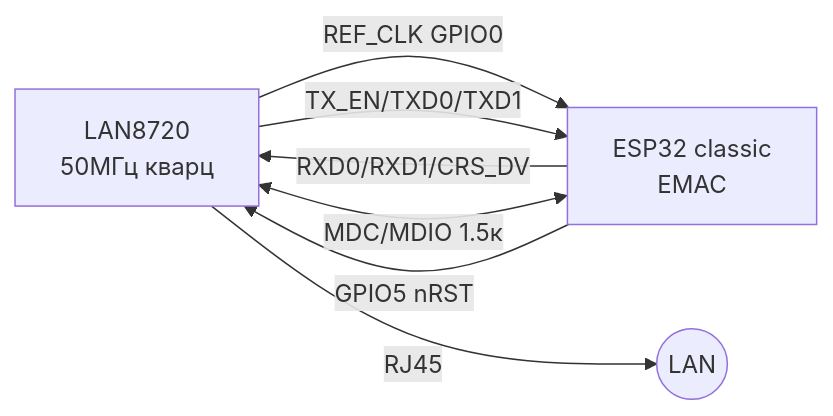
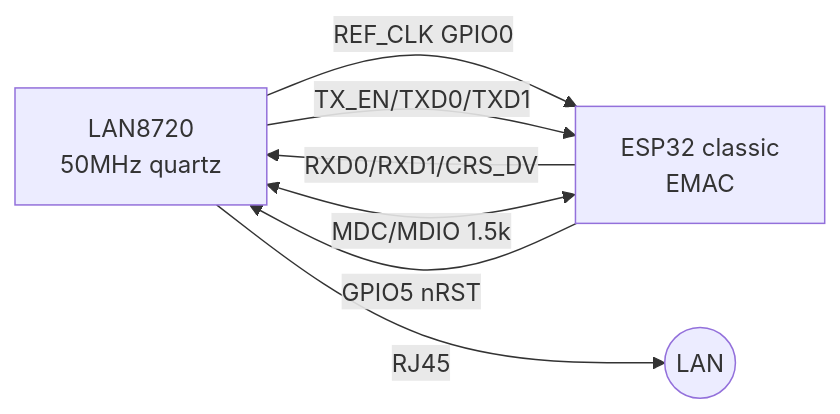
One commit to ksalab/embedded-reference changed the third of 4 diagrams in obsidian_vault/ESP32-Reference/EN/12-Comm-Modules/04-RS485-CAN-Ethernet-Kamera.en.md. Above: the diagram before and after it, drawn with Mermaid. The commit also changed other lines of this file and 76 other files, not shown here.

````diff
--- a/obsidian_vault/ESP32-Reference/EN/12-Comm-Modules/04-RS485-CAN-Ethernet-Kamera.en.md
+++ b/obsidian_vault/ESP32-Reference/EN/12-Comm-Modules/04-RS485-CAN-Ethernet-Kamera.en.md
@@ -263,9 +263,9 @@
 ```mermaid
 graph LR
-    PHY[LAN8720<br/>50МГц кварц] -->|REF_CLK GPIO0| ESP32[ESP32 classic<br/>EMAC]
+    PHY[LAN8720<br/>50MHz quartz] -->|REF_CLK GPIO0| ESP32[ESP32 classic<br/>EMAC]
     PHY -->|TX_EN/TXD0/TXD1| ESP32
     ESP32 -->|RXD0/RXD1/CRS_DV| PHY
-    ESP32 <-->|MDC/MDIO 1.5к| PHY
+    ESP32 <-->|MDC/MDIO 1.5k| PHY
     ESP32 -->|GPIO5 nRST| PHY
     PHY -->|RJ45| NET((LAN))
 ```
````
